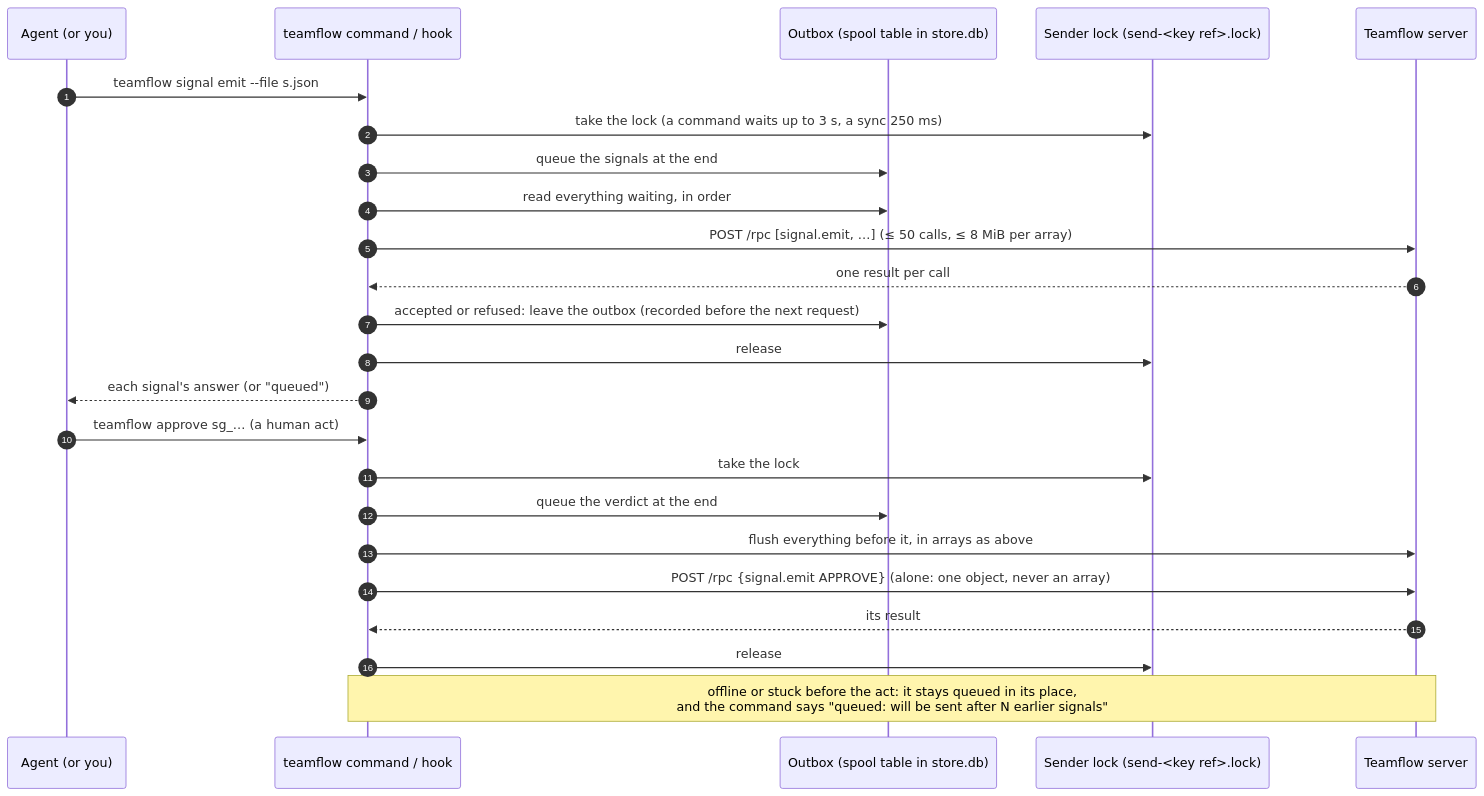
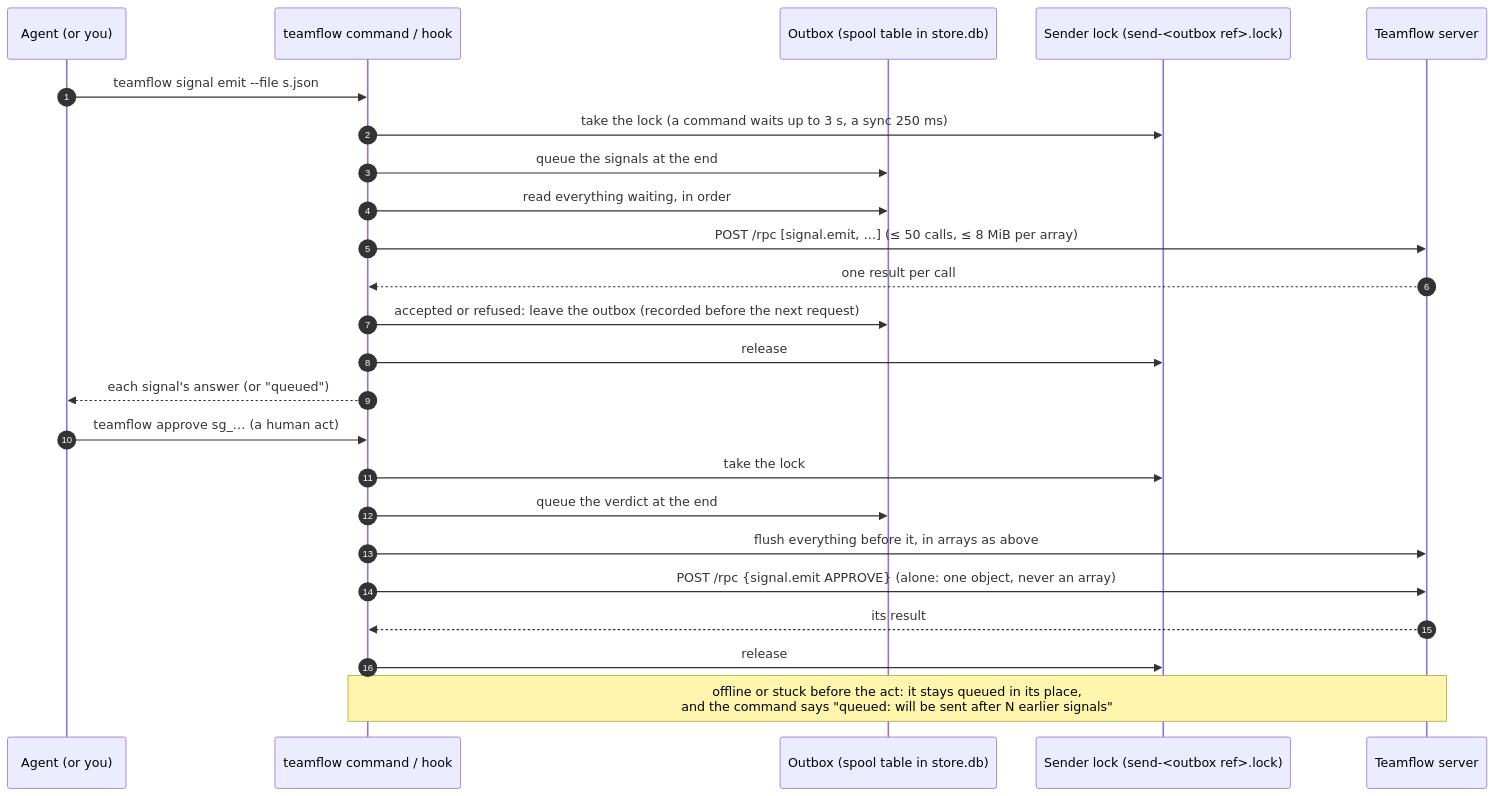
Before and after one commit to vutran1710/teamflow-cli: the first of 2 diagrams in README.md, drawn with Mermaid. The commit also changed other lines of this file, not shown here.

First line of the commit message:
README: the outbox per sign-in and project, giving up on a stuck item, drift acts resent, teamflow outbox

````diff
--- a/README.md
+++ b/README.md
@@ -165,28 +165,28 @@
 ```mermaid
 sequenceDiagram
     autonumber
     participant A as Agent (or you)
     participant T as teamflow command / hook
     participant O as Outbox (spool table in store.db)
-    participant L as Sender lock (send-<key ref>.lock)
+    participant L as Sender lock (send-<outbox ref>.lock)
     participant S as Teamflow server
 
     A->>T: teamflow signal emit --file s.json
     T->>L: take the lock (a command waits up to 3 s, a sync 250 ms)
     T->>O: queue the signals at the end
     T->>O: read everything waiting, in order
     T->>S: POST /rpc [signal.emit, …] (≤ 50 calls, ≤ 8 MiB per array)
     S-->>T: one result per call
     T->>O: accepted or refused: leave the outbox (recorded before the next request)
     T->>L: release
     T-->>A: each signal's answer (or "queued")
 
     A->>T: teamflow approve sg_…  (a human act)
     T->>L: take the lock
     T->>O: queue the verdict at the end
     T->>S: flush everything before it, in arrays as above
     T->>S: POST /rpc {signal.emit APPROVE}  (alone: one object, never an array)
     S-->>T: its result
     T->>L: release
     Note over T,S: offline or stuck before the act: it stays queued in its place,<br/>and the command says "queued: will be sent after N earlier signals"
 ```
````
